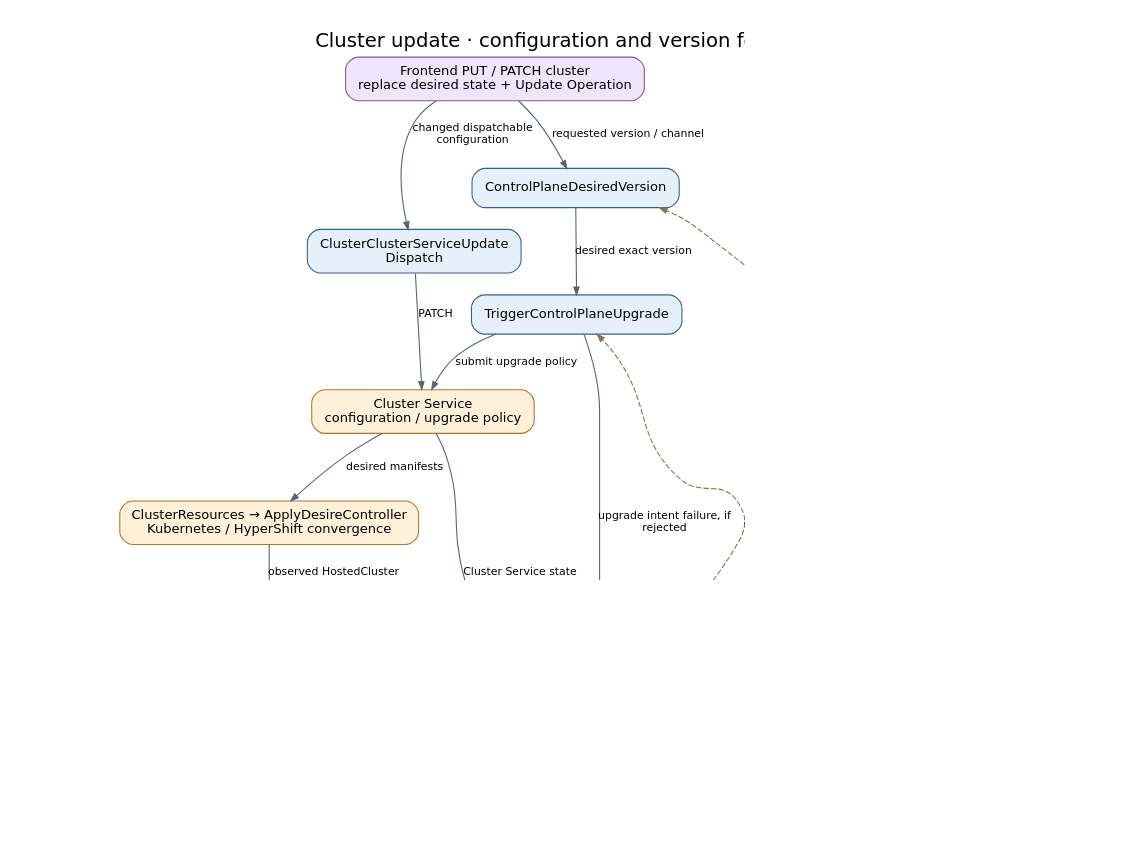
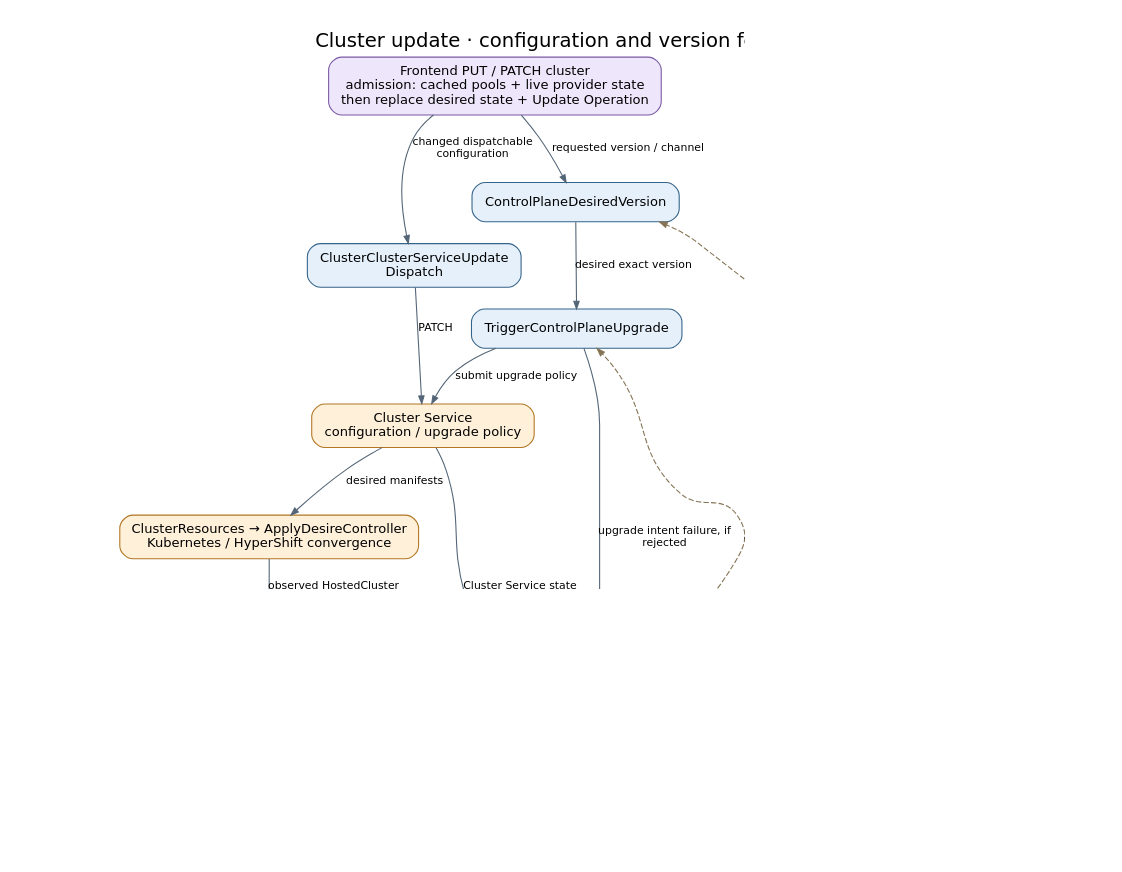
Before and after one commit to Azure/ARO-HCP: the diagram in docs/diagrams/controller-flows/cluster-update.dot, drawn with Graphviz. The commit also changed 41 other files, not shown here.

Commit message:
perf(frontend): cache cluster and node pool admission inventories

```diff
--- a/docs/diagrams/controller-flows/cluster-update.dot
+++ b/docs/diagrams/controller-flows/cluster-update.dot
@@ -1,34 +1,34 @@
 digraph cluster_update {
   graph [rankdir=TB, bgcolor="white", pad="0.3", nodesep="0.4", ranksep="0.55", fontname="DejaVu Sans", fontsize=18, labelloc=t, label="Cluster update · configuration and version feedback", dpi=110];
   node [shape=box, style="rounded,filled", fillcolor="#e6f0fa", color="#35648a", fontname="DejaVu Sans", fontsize=12, margin="0.16,0.10"];
   edge [color="#536577", fontname="DejaVu Sans", fontsize=10, arrowsize=0.7];
-  put [label="Frontend PUT / PATCH cluster\nreplace desired state + Update Operation", fillcolor="#eee7fb", color="#7b59a4"];
+  put [label="Frontend PUT / PATCH cluster\nadmission: cached pools + live provider state\nthen replace desired state + Update Operation", fillcolor="#eee7fb", color="#7b59a4"];
   dispatch [label="ClusterClusterServiceUpdate\nDispatch", fillcolor="#e6f0fa", color="#35648a"];
   desired [label="ControlPlaneDesiredVersion", fillcolor="#e6f0fa", color="#35648a"];
   upgrade [label="TriggerControlPlaneUpgrade", fillcolor="#e6f0fa", color="#35648a"];
   cs [label="Cluster Service\nconfiguration / upgrade policy", fillcolor="#fff0da", color="#b27624"];
   kube [label="ClusterResources → ApplyDesireController\nKubernetes / HyperShift convergence", fillcolor="#fff0da", color="#b27624"];
   mirror [label="ReadDesireKubernetesController", fillcolor="#e6f0fa", color="#35648a"];
   active [label="ControlPlaneActiveVersions", fillcolor="#e6f0fa", color="#35648a"];
   validation [label="Cluster validation controllers\nServiceProviderCluster.Status.Validations", fillcolor="#e6f0fa", color="#35648a"];
   op [label="OperationClusterUpdate", fillcolor="#e6f0fa", color="#35648a"];
   done [label="ARM terminal operation state\nSucceeded or Failed", fillcolor="#e4f2e5", color="#4c8053"];
   put -> dispatch [label="changed dispatchable\nconfiguration"];
   put -> desired [label="requested version / channel"];
   desired -> upgrade [label="desired exact version"];
   dispatch -> cs [label="PATCH"];
   upgrade -> cs [label="submit upgrade policy"];
   cs -> kube [label="desired manifests"];
   kube -> mirror [label="observed HostedCluster"];
   mirror -> active [label="version history"];
   cs -> op [label="Cluster Service state"];
   mirror -> op [label="observed readiness / version"];
   upgrade -> op [label="upgrade intent failure, if\nrejected"];
   validation -> op [label="False: Provisioning + InvalidResource;\nfailure and operation each >= 5m: Failed;\nall True: ready"];
   op -> done [label="completion or failure checks"];
   observed [label="Customer resource Status.ActiveVersions\nmajor.minor versions", fillcolor="#e4f2e5", color="#4c8053"];
   active -> observed [label="separate Cosmos replace"];
   active -> upgrade [label="active versus desired", style=dashed, color="#857456", constraint=false];
   active -> desired [label="observed versions constrain\nnext selection", style=dashed, color="#857456", constraint=false];
   op -> op [label="still progressing: poll again", style=dashed, color="#857456", constraint=false];
 }
```
